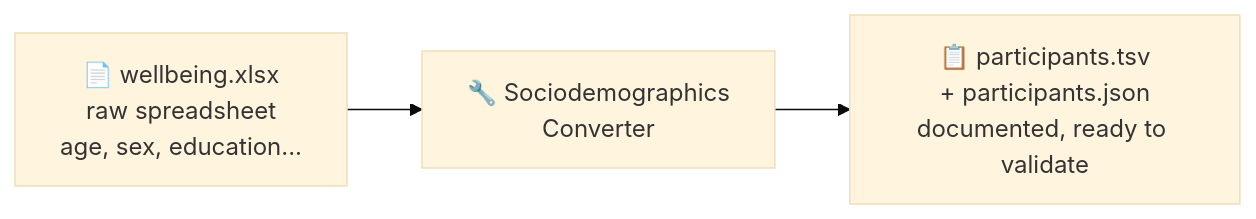
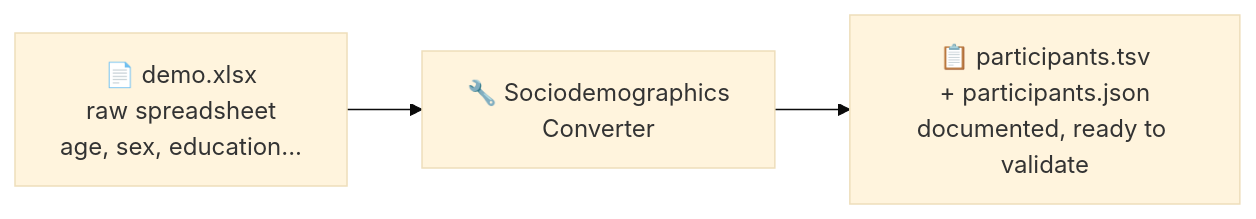
Before and after one commit to MRI-Lab-Graz/prism-studio: the diagram in docs/TUTORIAL_BEGINNER_2_PARTICIPANTS.md, drawn with Mermaid (base theme). The commit also changed other lines of this file and 33 other files, not shown here.

````diff
--- a/docs/TUTORIAL_BEGINNER_2_PARTICIPANTS.md
+++ b/docs/TUTORIAL_BEGINNER_2_PARTICIPANTS.md
@@ -16,5 +16,5 @@
 ```{mermaid}
 flowchart LR
-    A["📄 wellbeing.xlsx<br/>raw spreadsheet<br/>age, sex, education..."] --> B["🔧 Sociodemographics<br/>Converter"]
+    A["📄 demo.xlsx<br/>raw spreadsheet<br/>age, sex, education..."] --> B["🔧 Sociodemographics<br/>Converter"]
     B --> C["📋 participants.tsv<br/>+ participants.json<br/>documented, ready to validate"]
 ```
````
